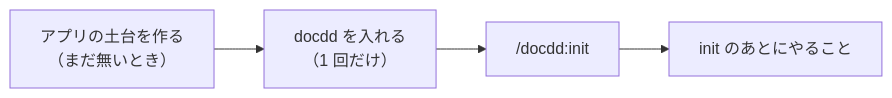
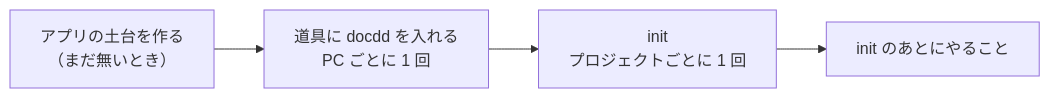
Before and after one commit to no1013kota/claude-docdd-dev-kit: the first of 5 diagrams in plugins/docdd/README.md, drawn with Mermaid. The commit also changed other lines of this file and 2 other files, not shown here.

````diff
--- a/plugins/docdd/README.md
+++ b/plugins/docdd/README.md
@@ -90,4 +90,4 @@
 ```mermaid
 flowchart LR
-  A["アプリの土台を作る<br/>（まだ無いとき）"] --> B["docdd を入れる<br/>（1 回だけ）"] --> C["/docdd:init"] --> D["init のあとにやること"]
+  A["アプリの土台を作る<br/>（まだ無いとき）"] --> B["道具に docdd を入れる<br/>PC ごとに 1 回"] --> C["init<br/>プロジェクトごとに 1 回"] --> D["init のあとにやること"]
 ```
````
